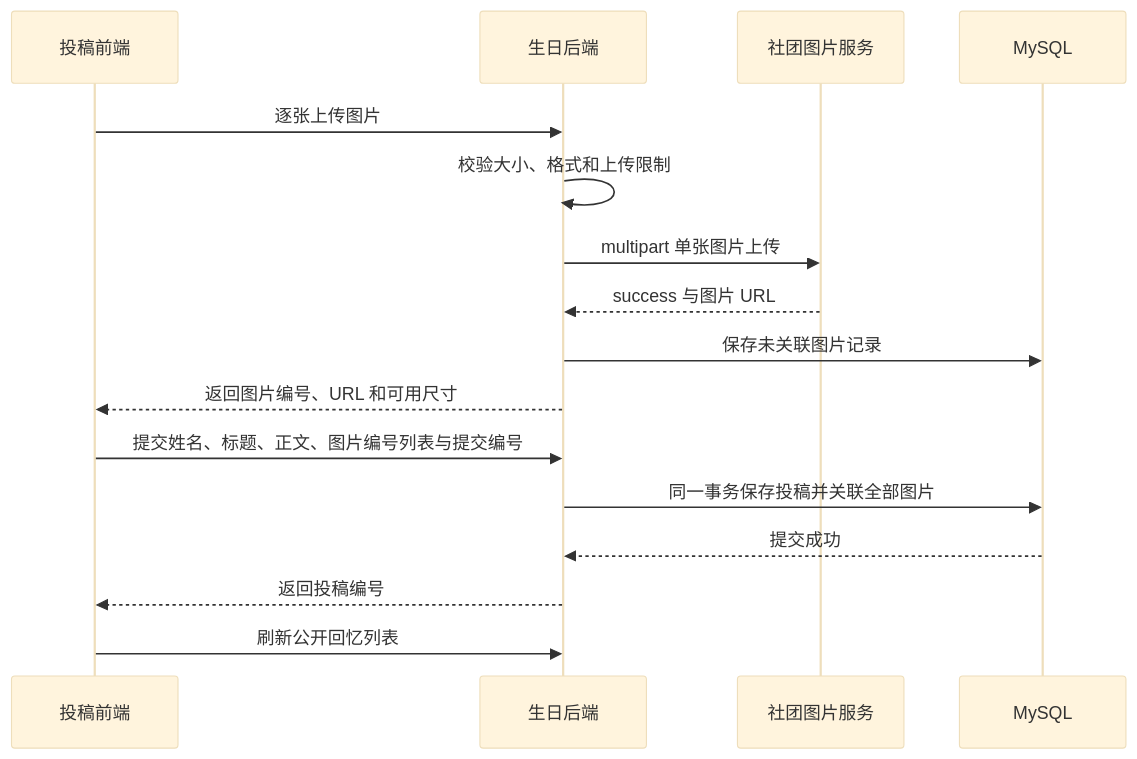
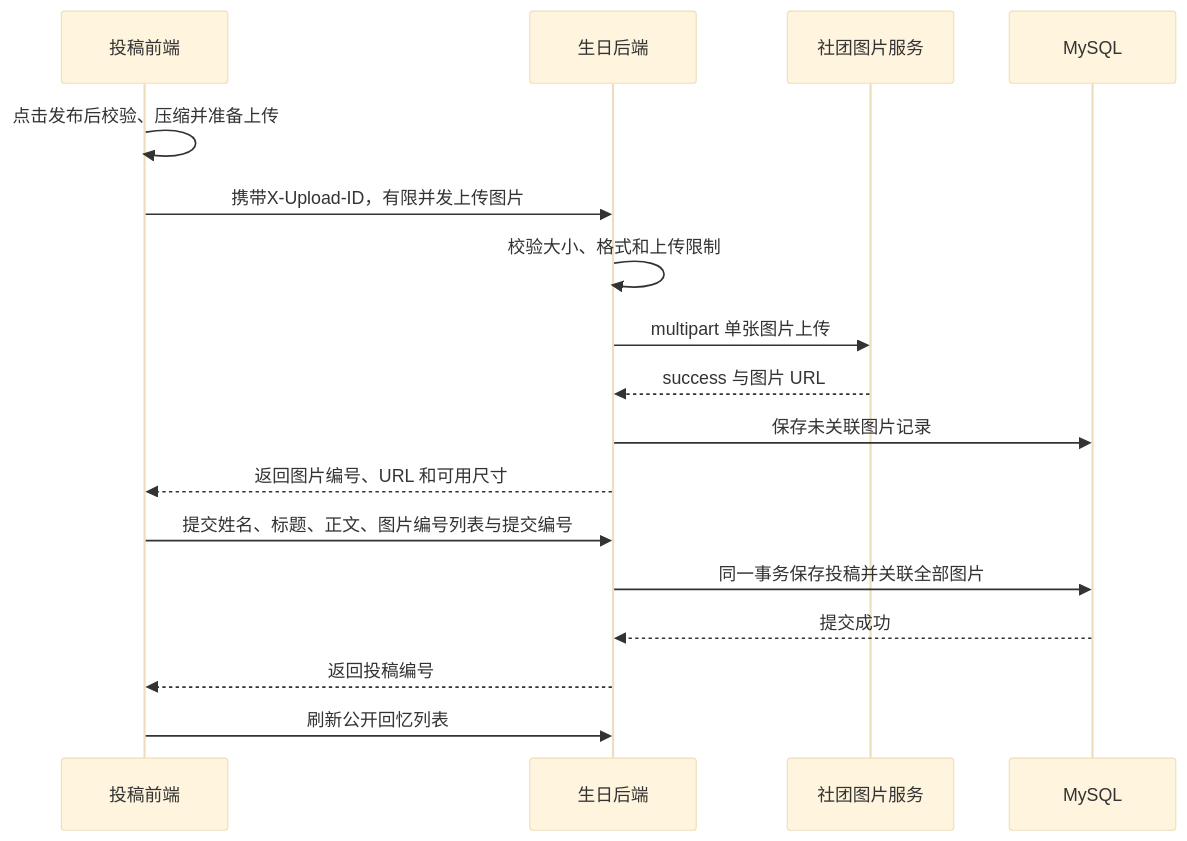
Before and after one commit to Yue1666888/16th-birthday: the third of 4 diagrams in 需求规格与实现链路.md, drawn with Mermaid (base theme). The commit also changed other lines of this file and 12 other files, not shown here.

````diff
--- a/需求规格与实现链路.md
+++ b/需求规格与实现链路.md
@@ -369,18 +369,19 @@
 ```mermaid
 sequenceDiagram
     participant U as 投稿前端
     participant A as 生日后端
     participant F as 社团图片服务
     participant D as MySQL
-    U->>A: 逐张上传图片
+    U->>U: 点击发布后校验、压缩并准备上传
+    U->>A: 携带X-Upload-ID，有限并发上传图片
     A->>A: 校验大小、格式和上传限制
     A->>F: multipart 单张图片上传
     F-->>A: success 与图片 URL
     A->>D: 保存未关联图片记录
     A-->>U: 返回图片编号、URL 和可用尺寸
     U->>A: 提交姓名、标题、正文、图片编号列表与提交编号
     A->>D: 同一事务保存投稿并关联全部图片
     D-->>A: 提交成功
     A-->>U: 返回投稿编号
     U->>A: 刷新公开回忆列表
 ```
````
